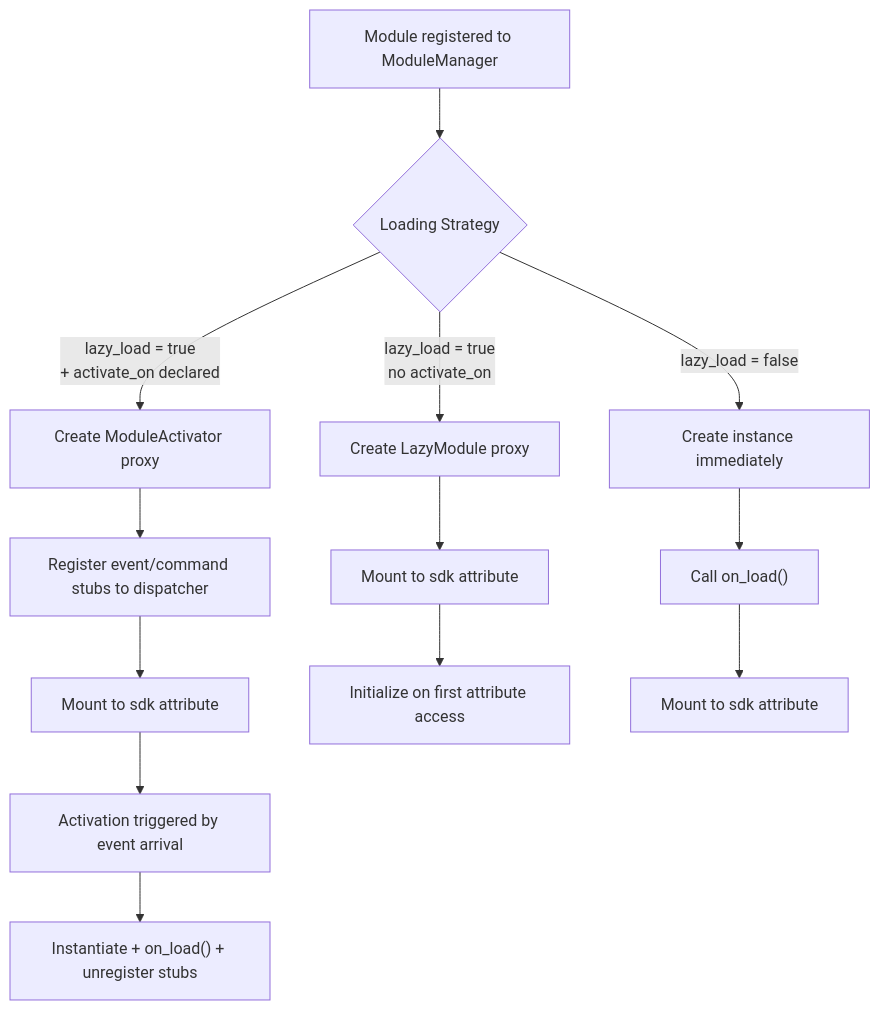
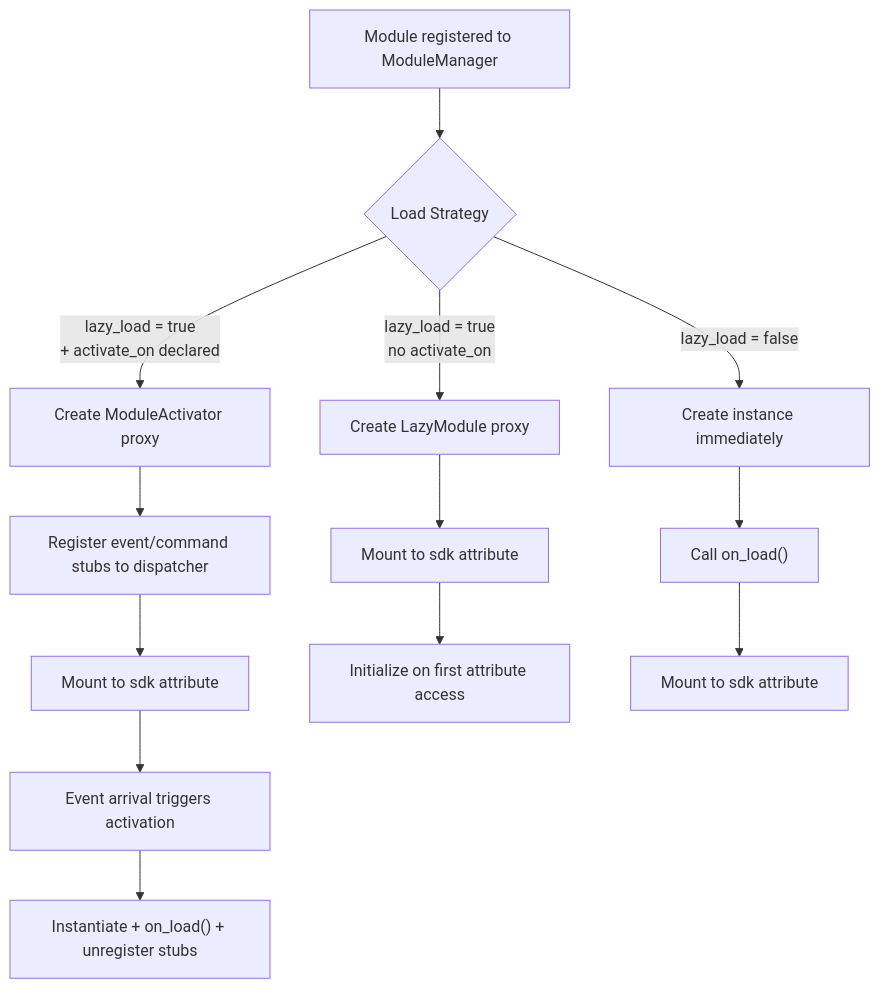
One commit to ErisPulse/ErisPulse changed the sixth of 9 diagrams in docs/en/architecture.md. Above: the diagram before and after it, drawn with Mermaid. The commit also changed other lines of this file and 622 other files, not shown here.

````diff
--- a/docs/en/architecture.md
+++ b/docs/en/architecture.md
@@ -201,15 +197,15 @@
 ```mermaid
 flowchart TD
-    A["Module registered to ModuleManager"] --> B{"Loading Strategy"}
+    A["Module registered to ModuleManager"] --> B{"Load Strategy"}
     B -->|"lazy_load = true<br/>+ activate_on declared"| C["Create ModuleActivator proxy"]
     B -->|"lazy_load = true<br/>no activate_on"| D["Create LazyModule proxy"]
     B -->|"lazy_load = false"| E["Create instance immediately"]
     C --> F["Register event/command stubs to dispatcher"]
     F --> G["Mount to sdk attribute"]
-    G --> H["Activation triggered by event arrival"]
+    G --> H["Event arrival triggers activation"]
     H --> I["Instantiate + on_load() + unregister stubs"]
     D --> J["Mount to sdk attribute"]
     J --> K["Initialize on first attribute access"]
     E --> L["Call on_load()"]
     L --> M["Mount to sdk attribute"]
 ```
````
